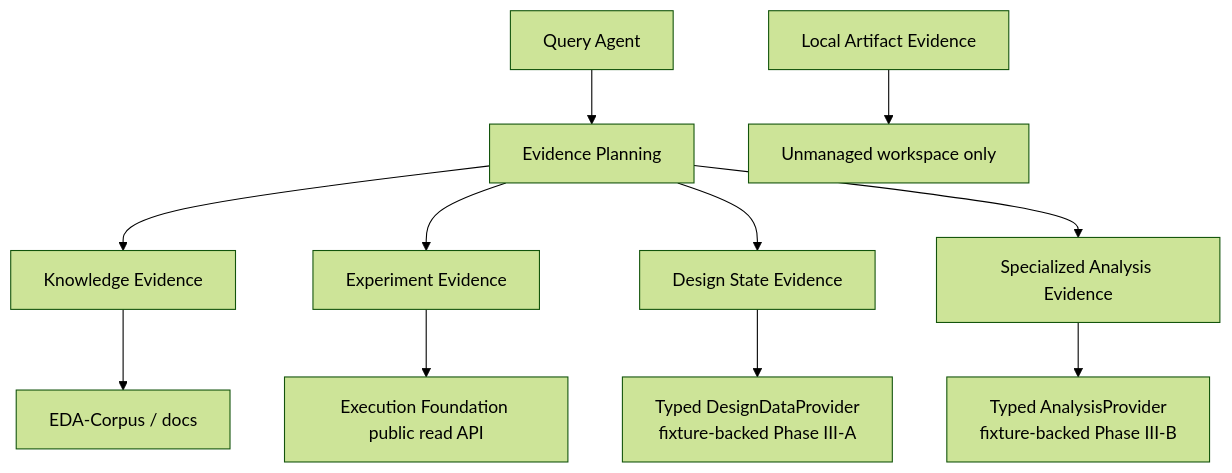
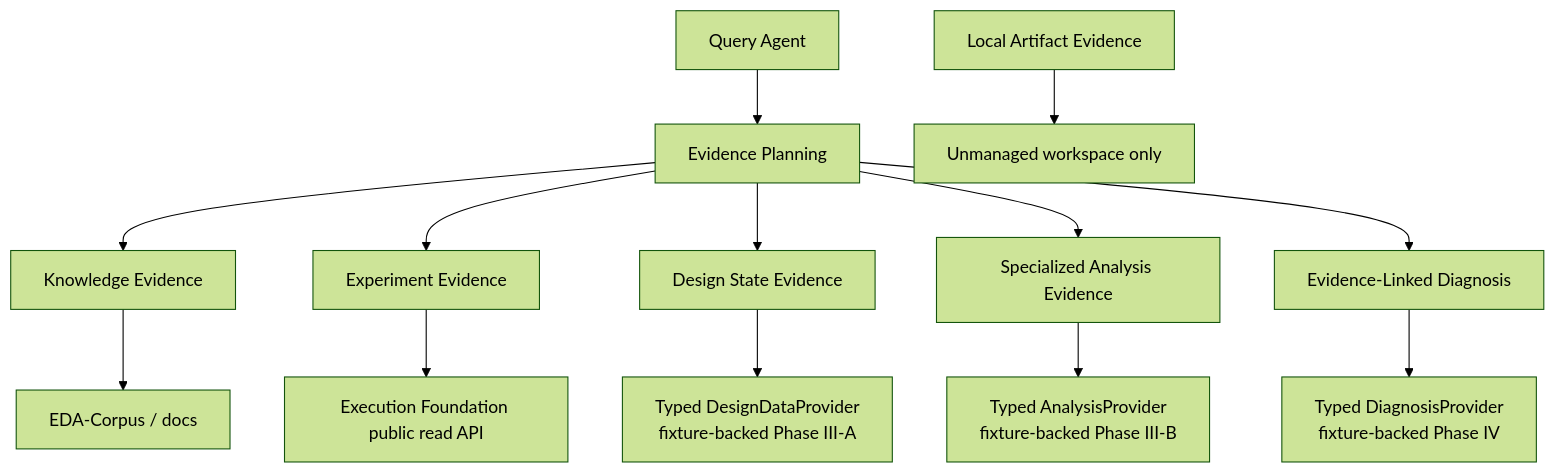
One commit to CODA-Team/ChipEvolve changed the first of 3 diagrams in docs/architecture.md. Above: the diagram before and after it, drawn with Mermaid (forest theme). The commit also changed other lines of this file and 27 other files, not shown here.

Commit message:
phase4: add evidence-linked diagnosis boundary

````diff
--- a/docs/architecture.md
+++ b/docs/architecture.md
@@ -29,13 +29,15 @@
 ```mermaid
 flowchart TD
     Q[Query Agent] --> P[Evidence Planning]
     P --> K[Knowledge Evidence]
     P --> E[Experiment Evidence]
     P --> D[Design State Evidence]
     P --> A[Specialized Analysis Evidence]
+    P --> G[Evidence-Linked Diagnosis]
     K --> C[EDA-Corpus / docs]
     E --> F[Execution Foundation public read API]
     D --> U[Typed DesignDataProvider\nfixture-backed Phase III-A]
     A --> T[Typed AnalysisProvider\nfixture-backed Phase III-B]
+    G --> Y[Typed DiagnosisProvider\nfixture-backed Phase IV]
     L[Local Artifact Evidence] --> W[Unmanaged workspace only]
 ```
````
